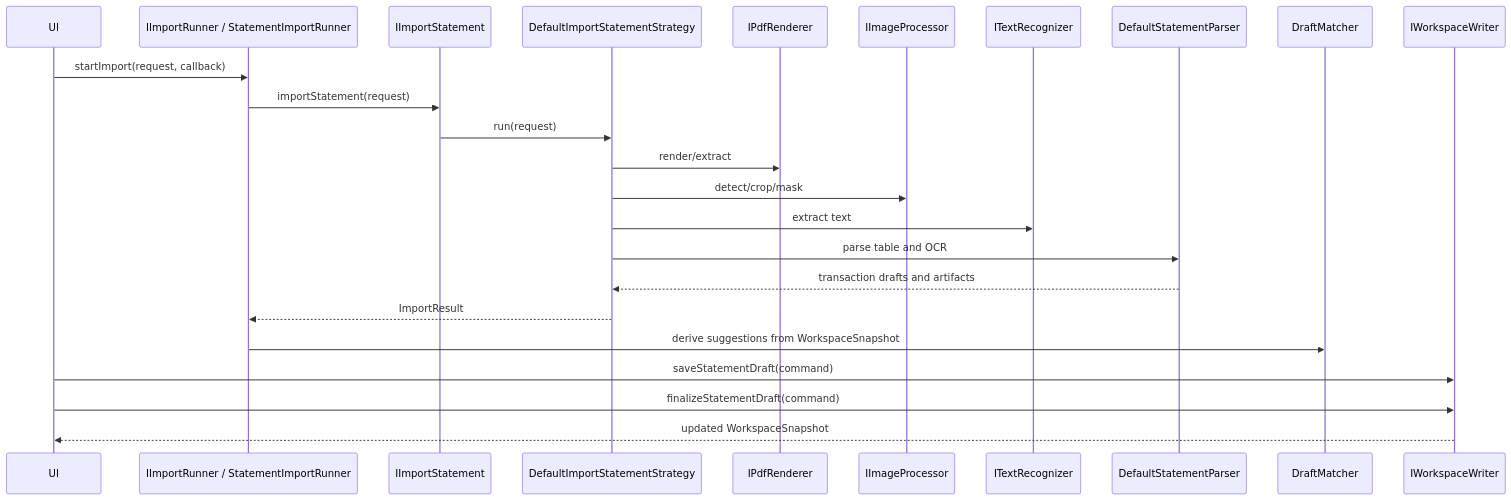
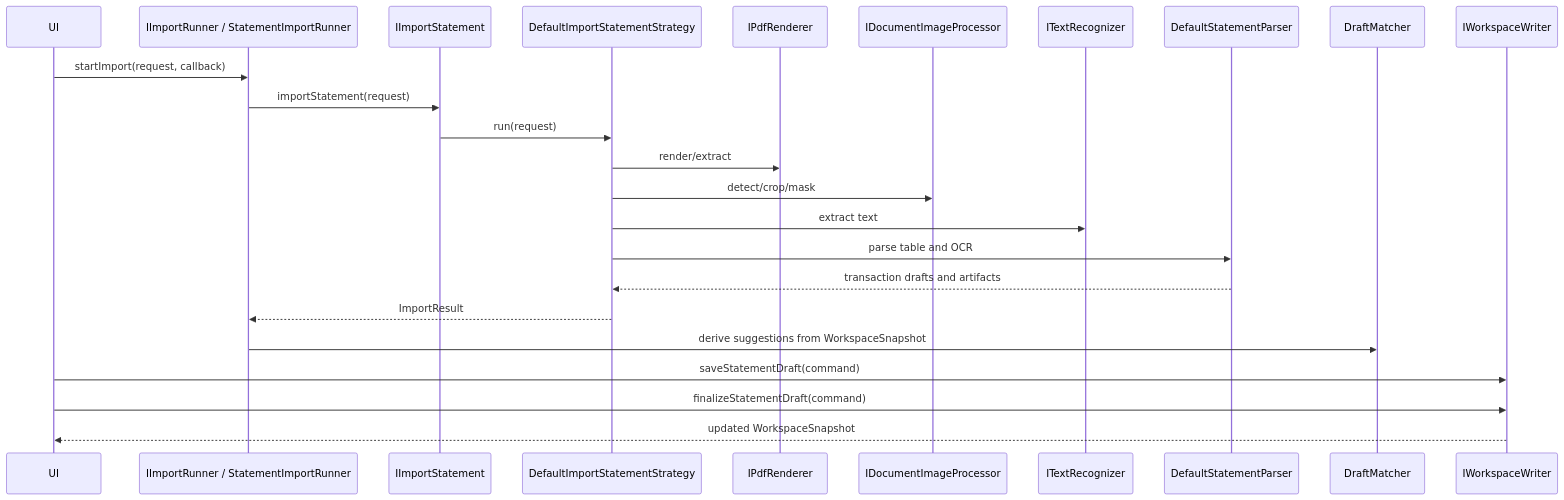
Before and after one commit to Wiiii90/FOSSredder: the sixth of 19 diagrams in docs/DESIGN.md, drawn with Mermaid. The commit also changed other lines of this file and 84 other files, not shown here.

````diff
--- a/docs/DESIGN.md
+++ b/docs/DESIGN.md
@@ -811,27 +811,27 @@
 ```mermaid
 sequenceDiagram
     participant UI as UI
     participant Runner as IImportRunner / StatementImportRunner
     participant Importer as IImportStatement
     participant Strategy as DefaultImportStatementStrategy
     participant Pdf as IPdfRenderer
-    participant Image as IImageProcessor
+    participant Image as IDocumentImageProcessor
     participant Ocr as ITextRecognizer
     participant Parser as DefaultStatementParser
     participant Matcher as DraftMatcher
     participant Writer as IWorkspaceWriter
 
     UI->>Runner: startImport(request, callback)
     Runner->>Importer: importStatement(request)
     Importer->>Strategy: run(request)
     Strategy->>Pdf: render/extract
     Strategy->>Image: detect/crop/mask
     Strategy->>Ocr: extract text
     Strategy->>Parser: parse table and OCR
     Parser-->>Strategy: transaction drafts and artifacts
     Strategy-->>Runner: ImportResult
     Runner->>Matcher: derive suggestions from WorkspaceSnapshot
     UI->>Writer: saveStatementDraft(command)
     UI->>Writer: finalizeStatementDraft(command)
     Writer-->>UI: updated WorkspaceSnapshot
 ```
````
